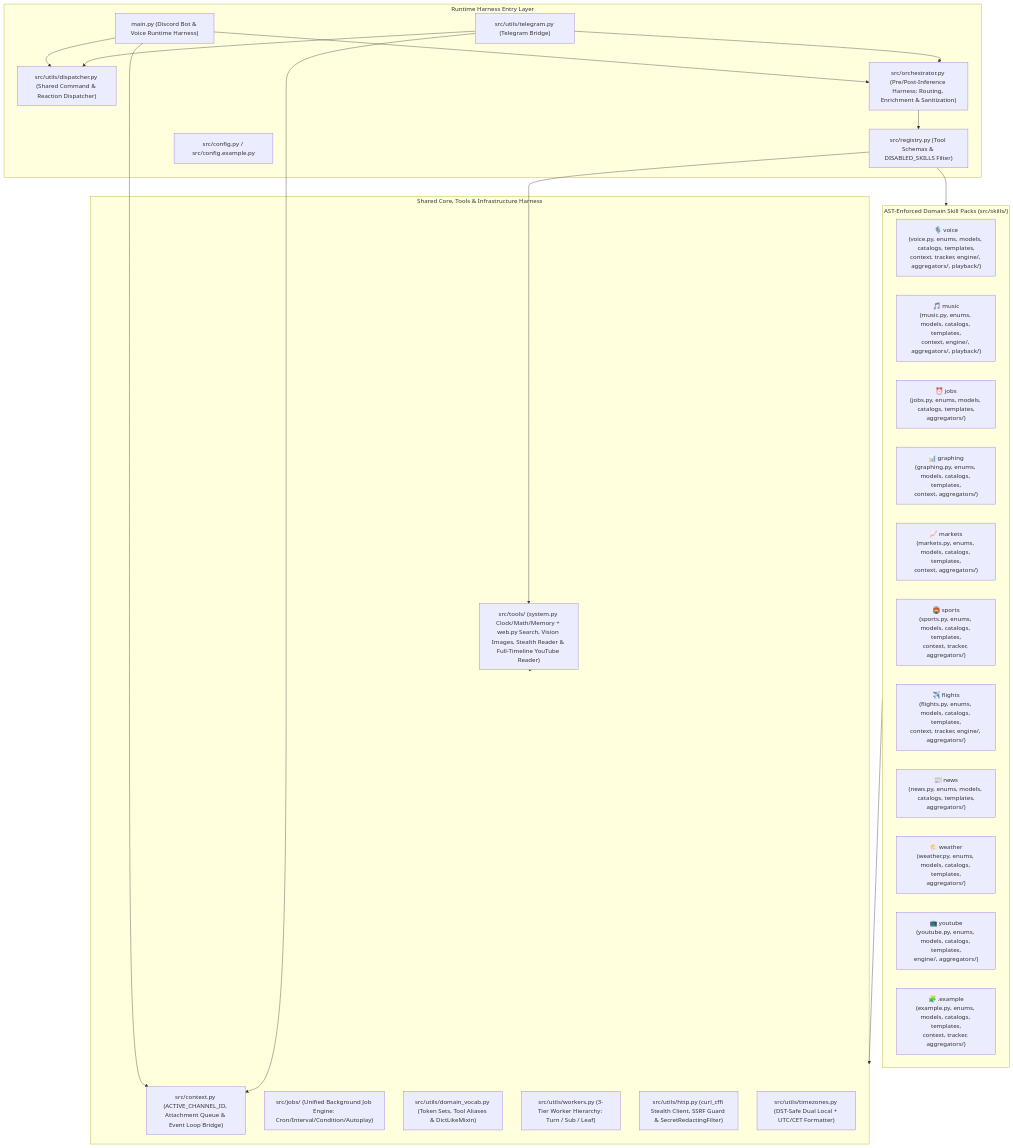
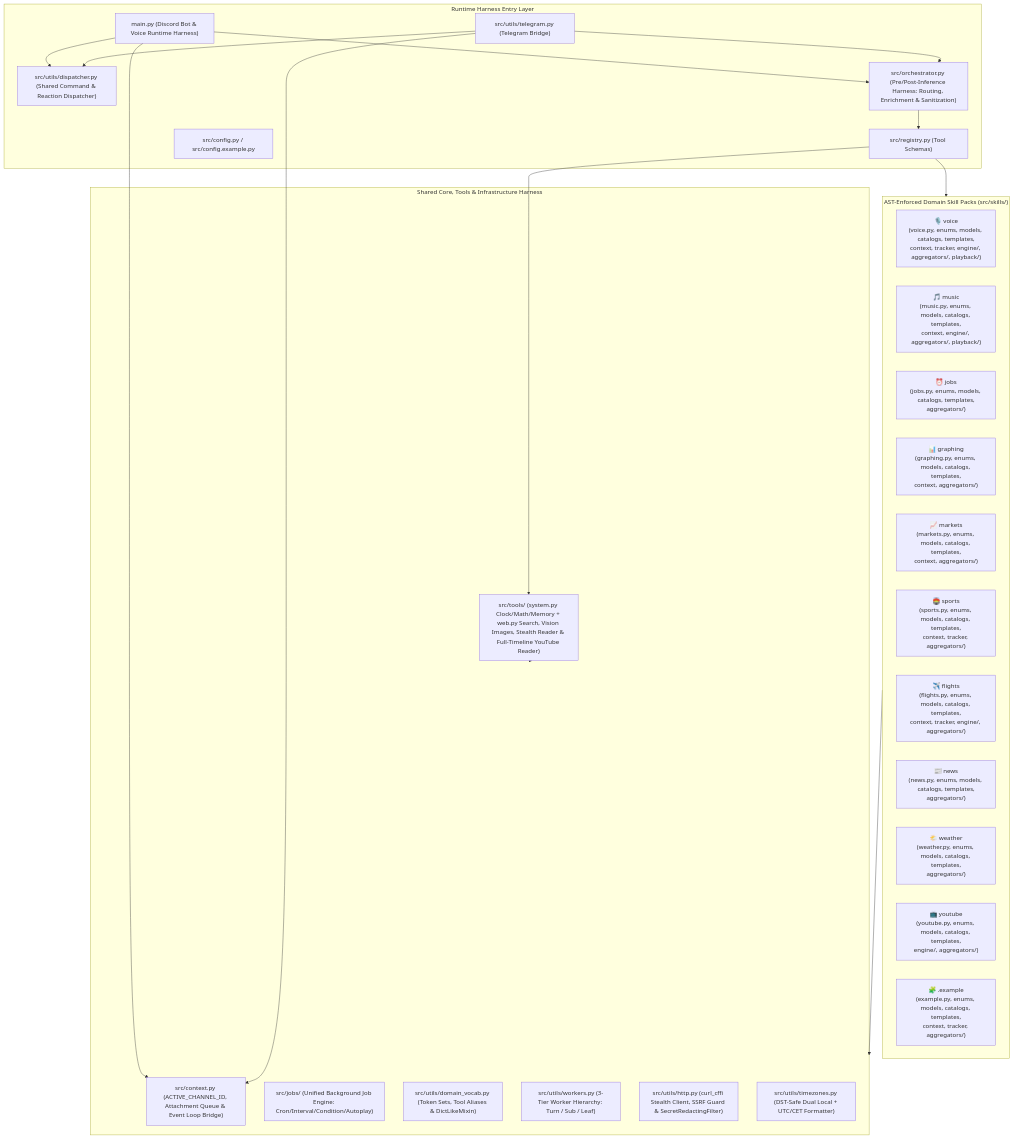
One commit to ElvisHalil/discord-bot changed the diagram in README.md. Above: the diagram before and after it, drawn with Mermaid. The commit also changed other lines of this file and 3 other files, not shown here.

Commit message:
refactor(registry): remove DISABLED_SKILLS filter and update README

````diff
--- a/README.md
+++ b/README.md
@@ -76,47 +70,47 @@
 ```mermaid
 flowchart TD
     subgraph Entry["Runtime Harness Entry Layer"]
         MAIN["main.py (Discord Bot & Voice Runtime Harness)"]
         TG["src/utils/telegram.py (Telegram Bridge)"]
         DISP["src/utils/dispatcher.py (Shared Command & Reaction Dispatcher)"]
         ORCH["src/orchestrator.py (Pre/Post-Inference Harness: Routing, Enrichment & Sanitization)"]
-        REG["src/registry.py (Tool Schemas & DISABLED_SKILLS Filter)"]
+        REG["src/registry.py (Tool Schemas)"]
         CFG["src/config.py / src/config.example.py"]
     end
 
     subgraph Core["Shared Core, Tools & Infrastructure Harness"]
         CTX["src/context.py (ACTIVE_CHANNEL_ID, Attachment Queue & Event Loop Bridge)"]
         JOB["src/jobs/ (Unified Background Job Engine: Cron/Interval/Condition/Autoplay)"]
         TLS["src/tools/ (system.py Clock/Math/Memory + web.py Search, Vision Images, Stealth Reader & Full-Timeline YouTube Reader)"]
         VOCAB["src/utils/domain_vocab.py (Token Sets, Tool Aliases & DictLikeMixin)"]
         WRK["src/utils/workers.py (3-Tier Worker Hierarchy: Turn / Sub / Leaf)"]
         HTTP["src/utils/http.py (curl_cffi Stealth Client, SSRF Guard & SecretRedactingFilter)"]
         TZ["src/utils/timezones.py (DST-Safe Dual Local + UTC/CET Formatter)"]
     end
 
     subgraph Skills["AST-Enforced Domain Skill Packs (src/skills/)"]
         VCE["🎙️ voice\n(voice.py, enums, models, catalogs, templates,\ncontext, tracker, engine/, aggregators/, playback/)"]
         MUS["🎵 music\n(music.py, enums, models, catalogs, templates,\ncontext, engine/, aggregators/, playback/)"]
         JBS["⏰ jobs\n(jobs.py, enums, models, catalogs, templates,\naggregators/)"]
         GRP["📊 graphing\n(graphing.py, enums, models, catalogs, templates,\ncontext, aggregators/)"]
         MKT["📈 markets\n(markets.py, enums, models, catalogs, templates,\ncontext, aggregators/)"]
         SPT["🏟️ sports\n(sports.py, enums, models, catalogs, templates,\ncontext, tracker, aggregators/)"]
         FLT["✈️ flights\n(flights.py, enums, models, catalogs, templates,\ncontext, tracker, engine/, aggregators/)"]
         NWS["📰 news\n(news.py, enums, models, catalogs, templates,\naggregators/)"]
         WTH["🌤️ weather\n(weather.py, enums, models, catalogs, templates,\naggregators/)"]
         YT["📺 youtube\n(youtube.py, enums, models, catalogs, templates,\nengine/, aggregators/)"]
         EX["🧩 .example\n(example.py, enums, models, catalogs, templates,\ncontext, tracker, aggregators/)"]
     end
 
     MAIN --> DISP
     TG --> DISP
     MAIN --> ORCH
     TG --> ORCH
     MAIN --> CTX
     TG --> CTX
     ORCH --> REG
     REG --> TLS
     REG --> Skills
     Skills --> Core
     TLS --> Core
 ```
````
